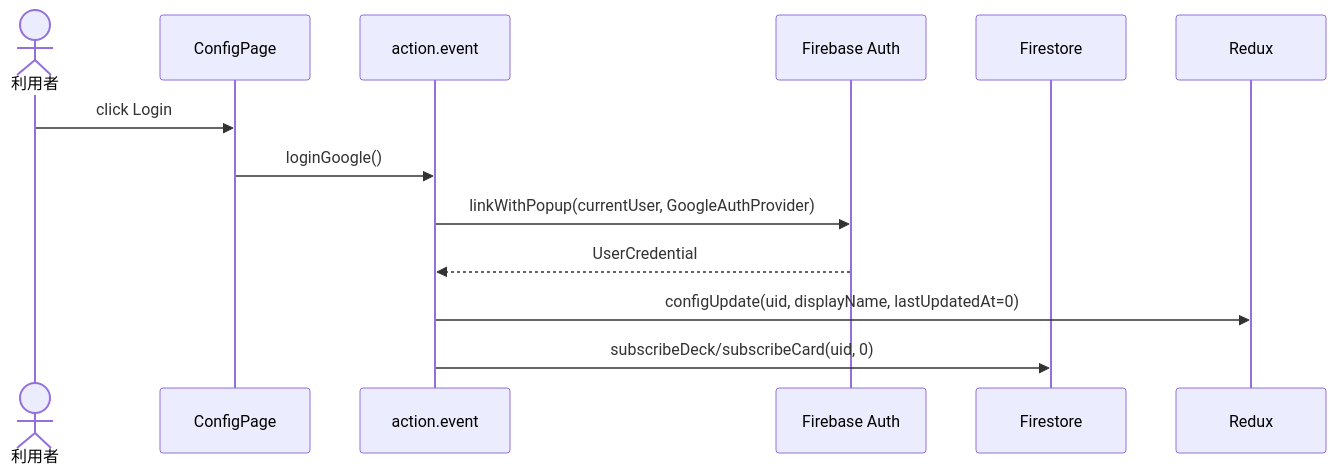
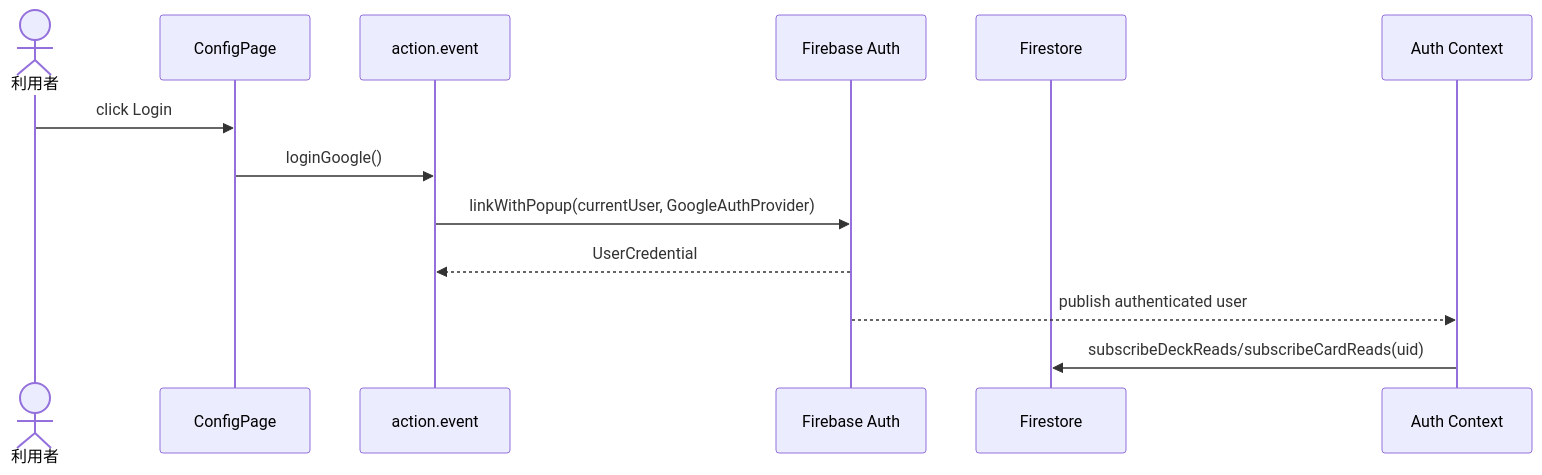
Before and after one commit to her0e1c1/tango: the fourth of 4 diagrams in docs/summary/use-cases.md, drawn with Mermaid. The commit also changed other lines of this file and 42 other files, not shown here.

````diff
--- a/docs/summary/use-cases.md
+++ b/docs/summary/use-cases.md
@@ -106,16 +105,16 @@
 ```mermaid
 sequenceDiagram
     actor User as 利用者
     participant Settings as ConfigPage
     participant Event as action.event
     participant Auth as Firebase Auth
     participant FS as Firestore
-    participant Store as Redux
+    participant Context as Auth Context
 
     User->>Settings: click Login
     Settings->>Event: loginGoogle()
     Event->>Auth: linkWithPopup(currentUser, GoogleAuthProvider)
     Auth-->>Event: UserCredential
-    Event->>Store: configUpdate(uid, displayName, lastUpdatedAt=0)
-    Event->>FS: subscribeDeck/subscribeCard(uid, 0)
+    Auth-->>Context: publish authenticated user
+    Context->>FS: subscribeDeckReads/subscribeCardReads(uid)
 ```
````
